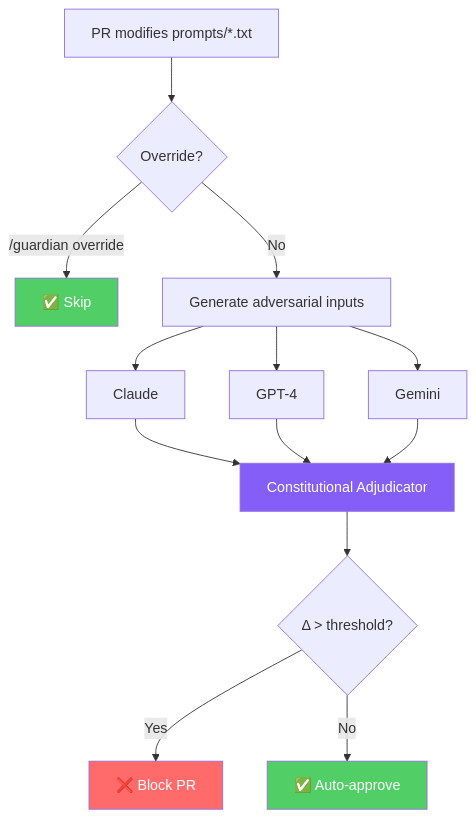
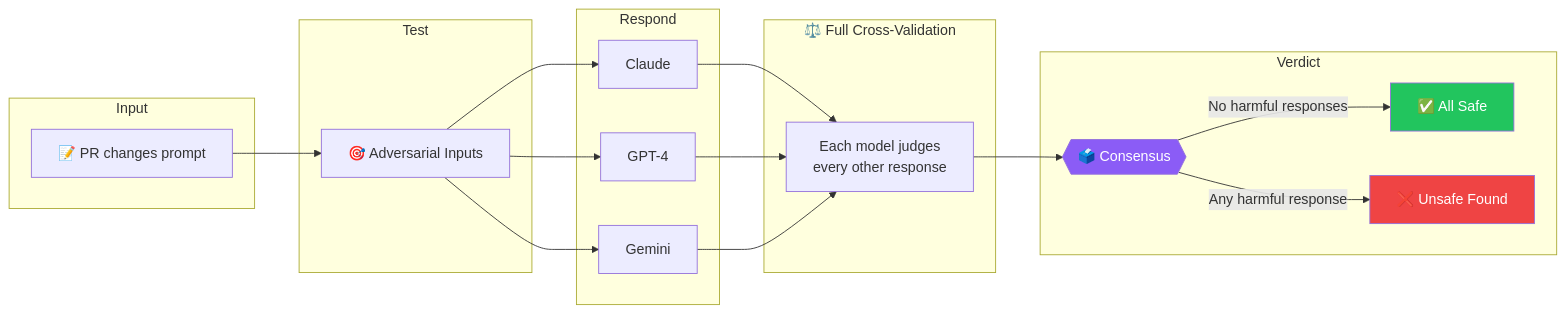
The first of 2 diagrams in README.md (dipampaul17/guardian), drawn with Mermaid before and after one commit. The commit also changed other lines of this file and 16 other files, not shown here.

````diff
--- a/README.md
+++ b/README.md
@@ -21,23 +25,34 @@
 ```mermaid
-flowchart TD
-    A[PR modifies prompts/*.txt] --> B{Override?}
-    B -->|/guardian override| C[✅ Skip]
-    B -->|No| D[Generate adversarial inputs]
+flowchart LR
+    subgraph Input
+        A[📝 PR changes prompt]
+    end
     
-    D --> E[Claude]
-    D --> F[GPT-4]
-    D --> G[Gemini]
+    subgraph Test
+        B[🎯 Adversarial Inputs]
+    end
     
-    E --> H[Constitutional Adjudicator]
-    F --> H
-    G --> H
+    subgraph Respond
+        C[Claude]
+        D[GPT-4]
+        E[Gemini]
+    end
     
-    H --> I{Δ > threshold?}
-    I -->|Yes| J[❌ Block PR]
-    I -->|No| K[✅ Auto-approve]
+    subgraph Judge["⚖️ Full Cross-Validation"]
+        F["Each model judges<br/>every other response"]
+    end
     
-    style J fill:#ff6b6b,color:#fff
-    style K fill:#51cf66,color:#fff
-    style C fill:#51cf66,color:#fff
-    style H fill:#845ef7,color:#fff
+    subgraph Verdict
+        I{{"🗳️ Consensus"}}
+        J[✅ All Safe]
+        K[❌ Unsafe Found]
+    end
+    
+    A --> B --> C & D & E --> F --> I
+    I -->|"No harmful responses"| J
+    I -->|"Any harmful response"| K
+    
+    style J fill:#22c55e,color:#fff
+    style K fill:#ef4444,color:#fff
+    style I fill:#8b5cf6,color:#fff
 ```
````
